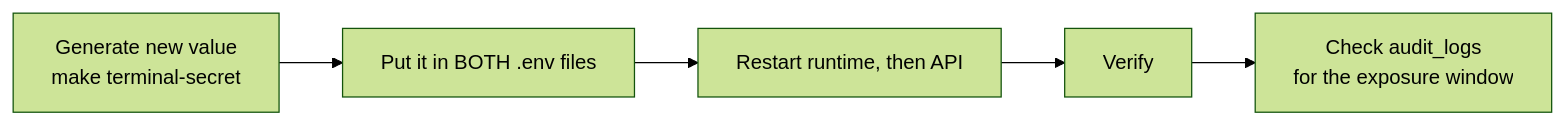
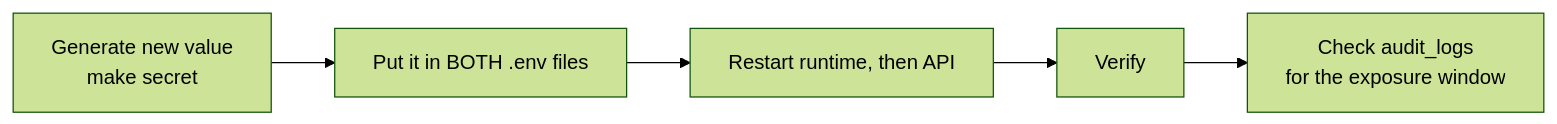
Before and after one commit to HasithaErandika/aura: the diagram in docs/runbooks/rotate-shared-secrets.md, drawn with Mermaid (forest theme). The commit also changed other lines of this file and 18 other files, not shown here.

````diff
--- a/docs/runbooks/rotate-shared-secrets.md
+++ b/docs/runbooks/rotate-shared-secrets.md
@@ -11,7 +10,7 @@
 ```mermaid
 flowchart LR
-    A["Generate new value<br/>make terminal-secret"] --> B["Put it in BOTH .env files"]
+    A["Generate new value<br/>make secret"] --> B["Put it in BOTH .env files"]
     B --> C["Restart runtime, then API"]
     C --> D["Verify"]
     D --> E["Check audit_logs<br/>for the exposure window"]
 ```
````
